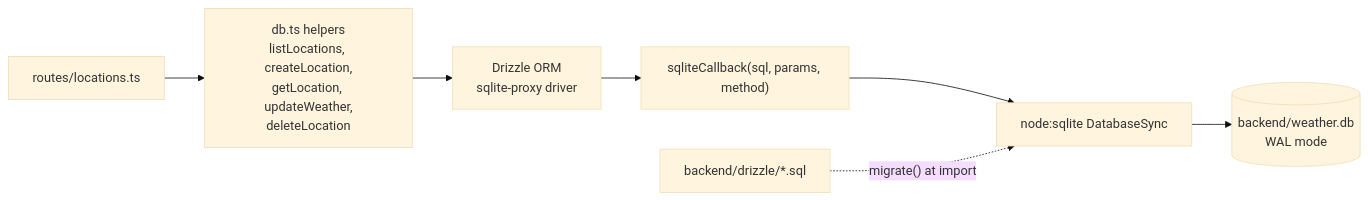
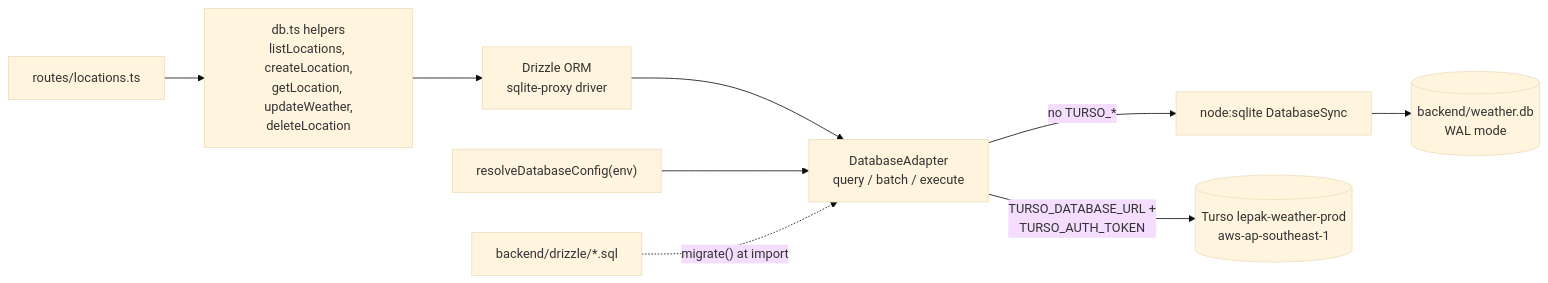
One commit to chuan77/AIxTech-SG-Weather changed the first of 2 diagrams in docs/src/content/docs/backend/storage.md. Above: the diagram before and after it, drawn with Mermaid (base theme). The commit also changed other lines of this file and 32 other files, not shown here.

````diff
--- a/docs/src/content/docs/backend/storage.md
+++ b/docs/src/content/docs/backend/storage.md
@@ -10,9 +14,11 @@
 ```mermaid
 flowchart LR
   Routes["routes/locations.ts"] --> Helpers["db.ts helpers<br/>listLocations, createLocation,<br/>getLocation, updateWeather,<br/>deleteLocation"]
   Helpers --> Drizzle["Drizzle ORM<br/>sqlite-proxy driver"]
-  Drizzle --> Callback["sqliteCallback(sql, params, method)"]
-  Callback --> Node["node:sqlite DatabaseSync"]
+  Drizzle --> Adapter["DatabaseAdapter<br/>query / batch / execute"]
+  Config["resolveDatabaseConfig(env)"] --> Adapter
+  Adapter -- "no TURSO_*" --> Node["node:sqlite DatabaseSync"]
   Node --> File[("backend/weather.db<br/>WAL mode")]
-  Migrations["backend/drizzle/*.sql"] -. "migrate() at import" .-> Node
+  Adapter -- "TURSO_DATABASE_URL +<br/>TURSO_AUTH_TOKEN" --> Turso[("Turso lepak-weather-prod<br/>aws-ap-southeast-1")]
+  Migrations["backend/drizzle/*.sql"] -. "migrate() at import" .-> Adapter
 ```
````
